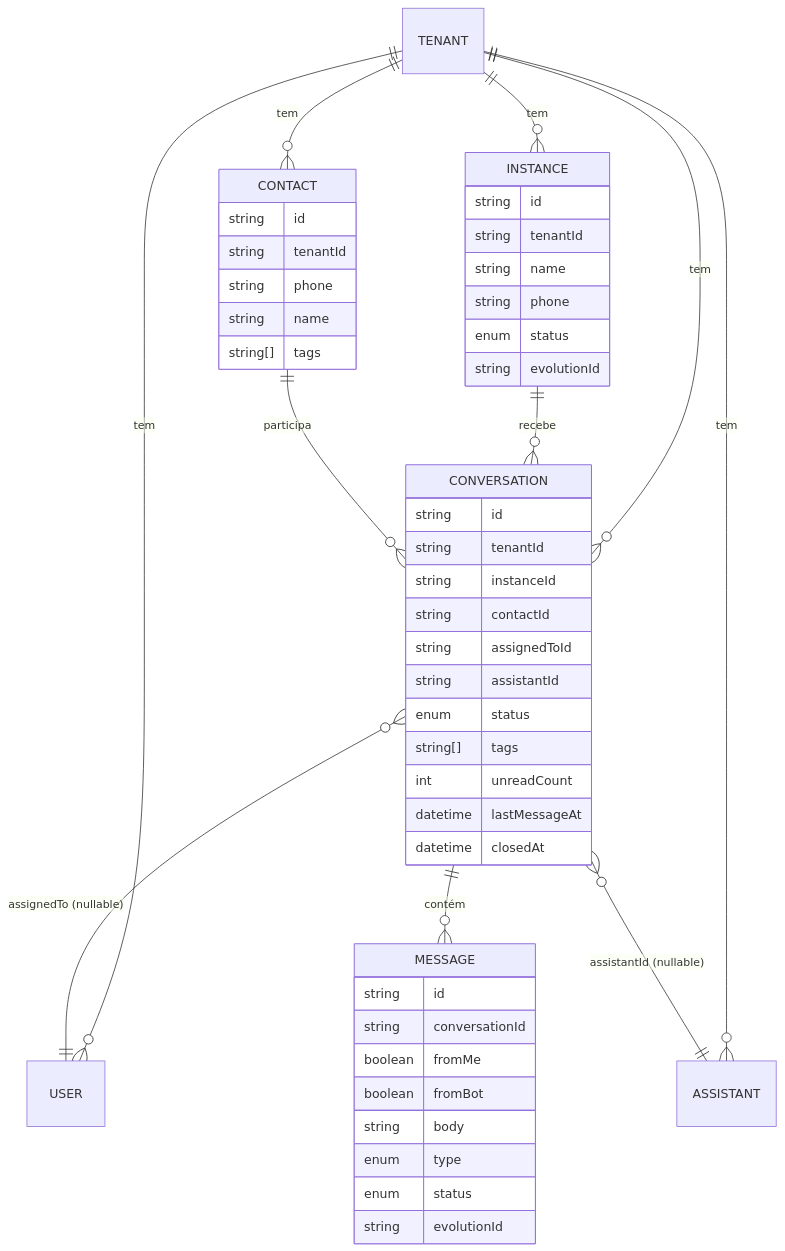
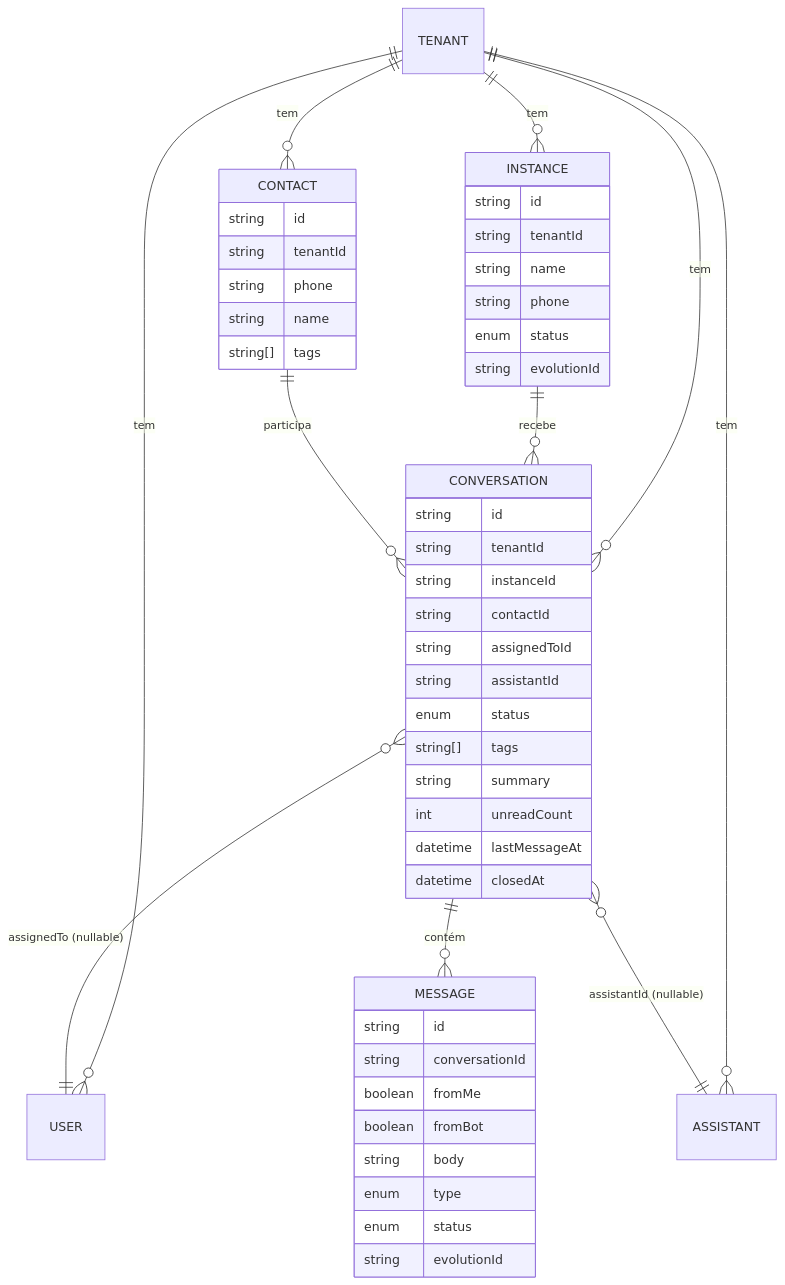
One commit to VictorD19/whatsapp-tools changed the seventh of 8 diagrams in docs/flows/FLUXOS.md. Above: the diagram before and after it, drawn with Mermaid. The commit also changed other lines of this file, not shown here.

First line of the commit message:
docs: atualiza fluxogramas com encerramento assistido por IA e campo summary

````diff
--- a/docs/flows/FLUXOS.md
+++ b/docs/flows/FLUXOS.md
@@ -187,58 +240,59 @@
 ```mermaid
 erDiagram
     TENANT ||--o{ INSTANCE : "tem"
     TENANT ||--o{ USER : "tem"
     TENANT ||--o{ CONTACT : "tem"
     TENANT ||--o{ CONVERSATION : "tem"
     TENANT ||--o{ ASSISTANT : "tem"
 
     INSTANCE ||--o{ CONVERSATION : "recebe"
 
     CONTACT ||--o{ CONVERSATION : "participa"
 
     CONVERSATION ||--o{ MESSAGE : "contém"
     CONVERSATION }o--|| USER : "assignedTo (nullable)"
     CONVERSATION }o--|| ASSISTANT : "assistantId (nullable)"
 
     INSTANCE {
         string id
         string tenantId
         string name
         string phone
         enum status
         string evolutionId
     }
 
     CONVERSATION {
         string id
         string tenantId
         string instanceId
         string contactId
         string assignedToId
         string assistantId
         enum status
         string[] tags
+        string summary
         int unreadCount
         datetime lastMessageAt
         datetime closedAt
     }
 
     MESSAGE {
         string id
         string conversationId
         boolean fromMe
         boolean fromBot
         string body
         enum type
         enum status
         string evolutionId
     }
 
     CONTACT {
         string id
         string tenantId
         string phone
         string name
         string[] tags
     }
 ```
````
